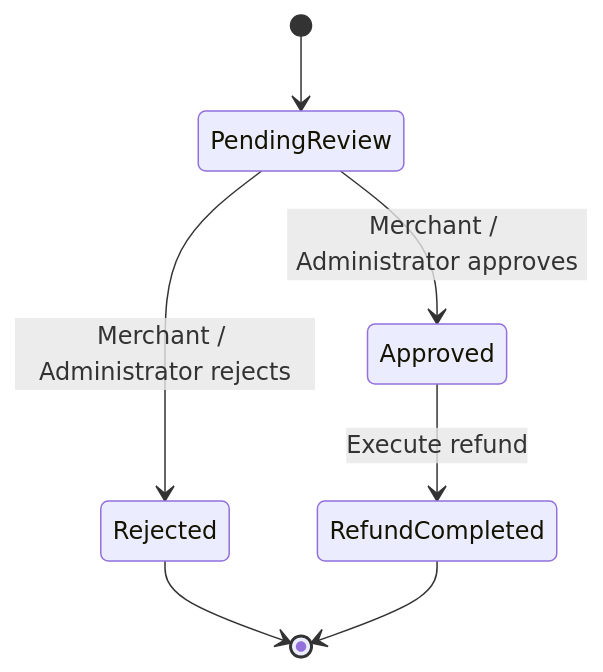
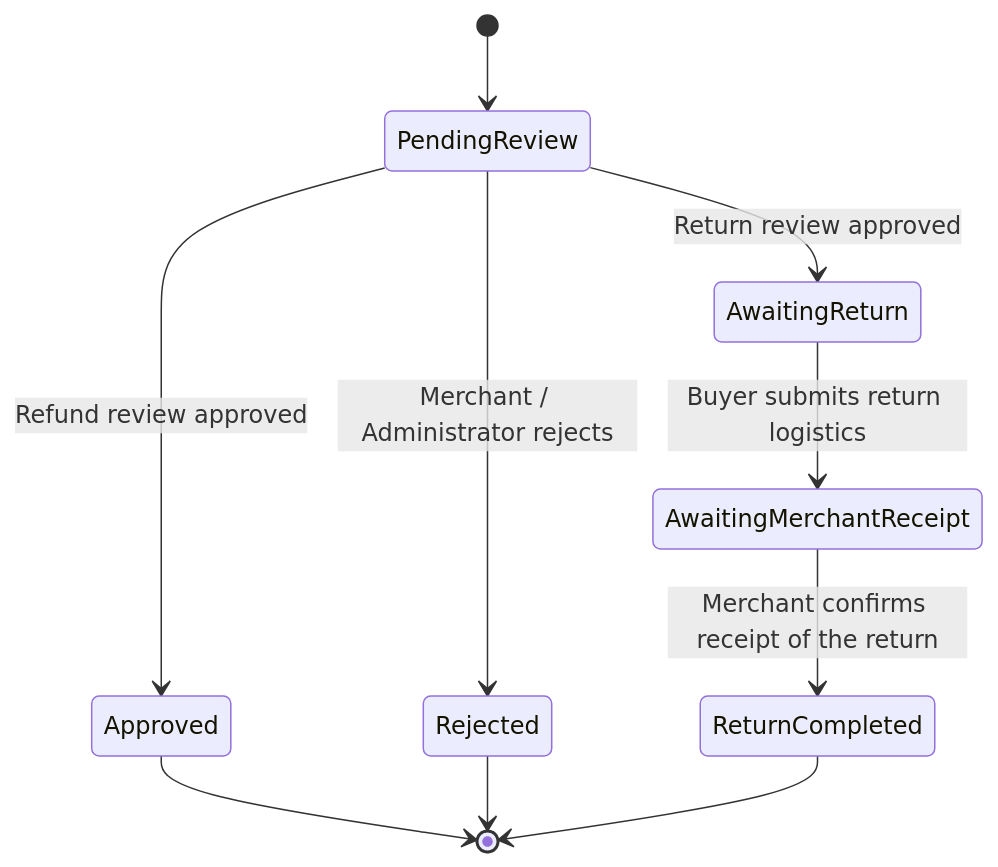
Before and after one commit to KIM406-CMD/chrono: the sixth of 13 diagrams in docs/en/object-oriented-development.md, drawn with Mermaid. The commit also changed other lines of this file and 17 other files, not shown here.

````diff
--- a/docs/en/object-oriented-development.md
+++ b/docs/en/object-oriented-development.md
@@ -390,9 +389,12 @@
 ```mermaid
 stateDiagram-v2
     [*] --> PendingReview
-    PendingReview --> Approved : Merchant / Administrator approves
+    PendingReview --> Approved : Refund review approved
+    PendingReview --> AwaitingReturn : Return review approved
     PendingReview --> Rejected : Merchant / Administrator rejects
-    Approved --> RefundCompleted : Execute refund
+    AwaitingReturn --> AwaitingMerchantReceipt : Buyer submits return logistics
+    AwaitingMerchantReceipt --> ReturnCompleted : Merchant confirms receipt of the return
+    Approved --> [*]
     Rejected --> [*]
-    RefundCompleted --> [*]
+    ReturnCompleted --> [*]
 ```
````
